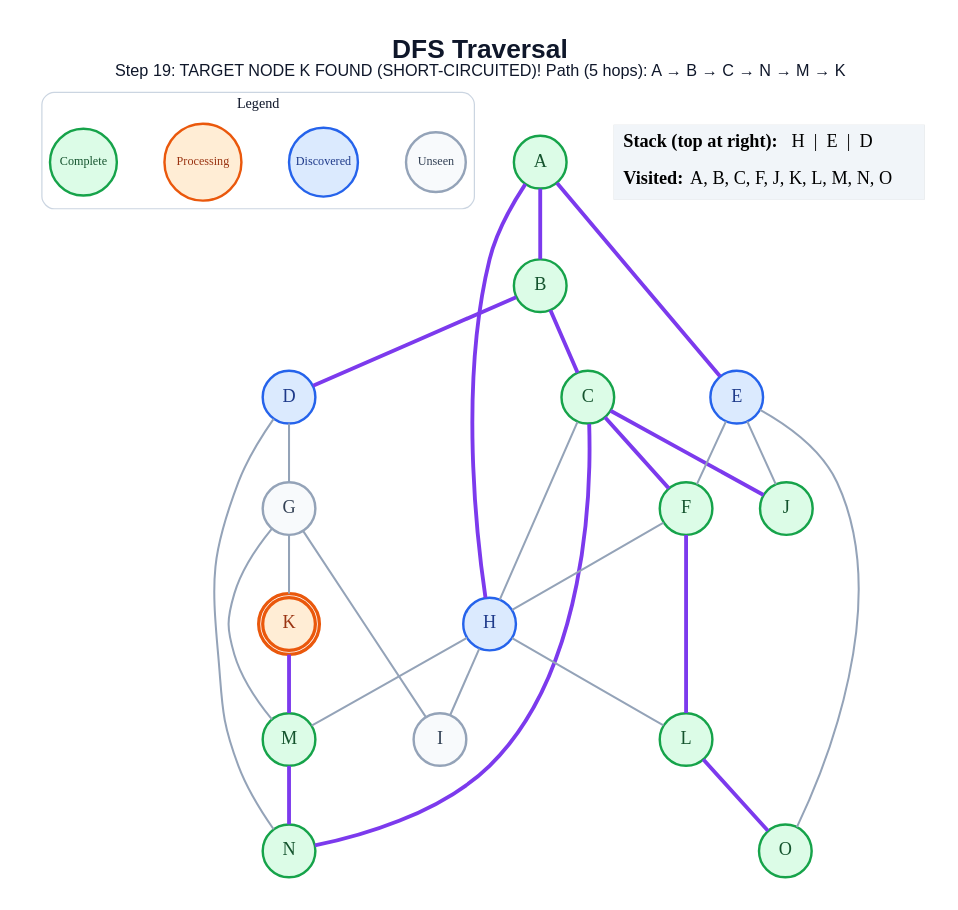
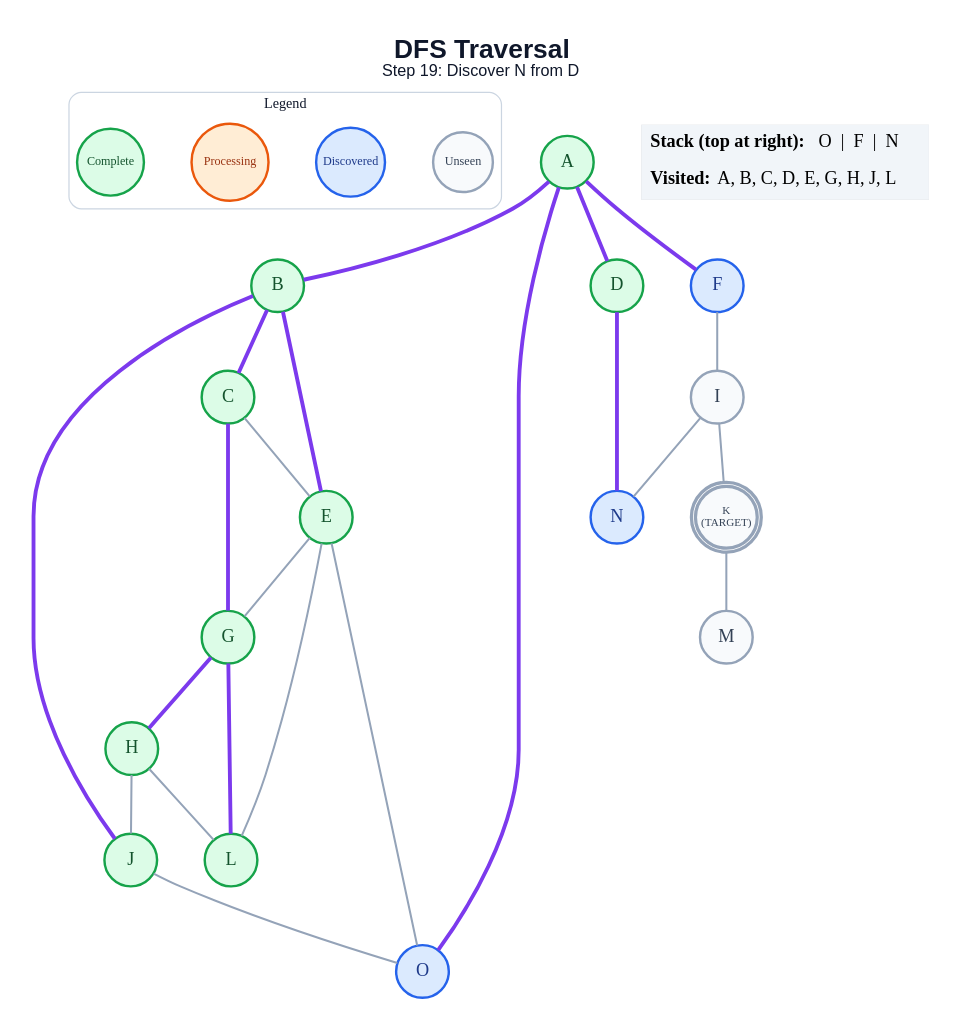
One commit to anon7238593-create/ai-slop changed the diagram in generated/short-circuit/dfs/step_19.dot. Above: the diagram before and after it, drawn with Graphviz. The commit also changed 345 other files, not shown here.

```diff
--- a/generated/short-circuit/dfs/step_19.dot
+++ b/generated/short-circuit/dfs/step_19.dot
@@ -1,59 +1,56 @@
 graph traversal {
   graph [layout=dot, rankdir=TB, bgcolor="#FFFFFF", pad="0.35", nodesep="0.65", ranksep="0.8", fontname="Arial"];
   node [shape=circle, style="filled", fontname="Arial Bold", fontsize=18, width=0.72, fixedsize=true, penwidth=2.4];
   edge [color="#94A3B8", penwidth=2.0];
-  label=<<B>DFS Traversal</B><BR/><FONT POINT-SIZE="16">Step 19: TARGET NODE K FOUND (SHORT-CIRCUITED)! Path (5 hops): A → B → C → N → M → K</FONT>>; labelloc="t"; fontsize=26; fontname="Arial"; fontcolor="#0F172A";
+  label=<<B>DFS Traversal</B><BR/><FONT POINT-SIZE="16">Step 19: Discover N from D</FONT>>; labelloc="t"; fontsize=26; fontname="Arial"; fontcolor="#0F172A";
   subgraph cluster_legend { label="Legend"; color="#CBD5E1"; penwidth=1.2; style="rounded"; fontsize=14; fontname="Arial Bold";
     key_unseen [label="Unseen", fillcolor="#F8FAFC", color="#94A3B8", fontcolor="#334155", fontsize=12, width=0.82];
     key_frontier [label="Discovered", fillcolor="#DBEAFE", color="#2563EB", fontcolor="#1E3A8A", fontsize=12, width=0.95];
     key_current [label="Processing", fillcolor="#FFEDD5", color="#EA580C", fontcolor="#9A3412", fontsize=12, width=1.05];
     key_done [label="Complete", fillcolor="#DCFCE7", color="#16A34A", fontcolor="#14532D", fontsize=12, width=0.92];
     { rank=same; key_unseen; key_frontier; key_current; key_done; }
   }
   A [label="A", fillcolor="#DCFCE7", color="#16A34A", fontcolor="#14532D", peripheries=1, penwidth=2.4];
   B [label="B", fillcolor="#DCFCE7", color="#16A34A", fontcolor="#14532D", peripheries=1, penwidth=2.4];
   C [label="C", fillcolor="#DCFCE7", color="#16A34A", fontcolor="#14532D", peripheries=1, penwidth=2.4];
-  D [label="D", fillcolor="#DBEAFE", color="#2563EB", fontcolor="#1E3A8A", peripheries=1, penwidth=2.4];
-  E [label="E", fillcolor="#DBEAFE", color="#2563EB", fontcolor="#1E3A8A", peripheries=1, penwidth=2.4];
-  F [label="F", fillcolor="#DCFCE7", color="#16A34A", fontcolor="#14532D", peripheries=1, penwidth=2.4];
-  G [label="G", fillcolor="#F8FAFC", color="#94A3B8", fontcolor="#334155", peripheries=1, penwidth=2.4];
-  H [label="H", fillcolor="#DBEAFE", color="#2563EB", fontcolor="#1E3A8A", peripheries=1, penwidth=2.4];
+  D [label="D", fillcolor="#DCFCE7", color="#16A34A", fontcolor="#14532D", peripheries=1, penwidth=2.4];
+  E [label="E", fillcolor="#DCFCE7", color="#16A34A", fontcolor="#14532D", peripheries=1, penwidth=2.4];
+  F [label="F", fillcolor="#DBEAFE", color="#2563EB", fontcolor="#1E3A8A", peripheries=1, penwidth=2.4];
+  G [label="G", fillcolor="#DCFCE7", color="#16A34A", fontcolor="#14532D", peripheries=1, penwidth=2.4];
+  H [label="H", fillcolor="#DCFCE7", color="#16A34A", fontcolor="#14532D", peripheries=1, penwidth=2.4];
   I [label="I", fillcolor="#F8FAFC", color="#94A3B8", fontcolor="#334155", peripheries=1, penwidth=2.4];
   J [label="J", fillcolor="#DCFCE7", color="#16A34A", fontcolor="#14532D", peripheries=1, penwidth=2.4];
-  K [label="K", fillcolor="#FFEDD5", color="#EA580C", fontcolor="#9A3412", peripheries=2, penwidth=3.2];
+  K [label="K\n(TARGET)", fillcolor="#F8FAFC", color="#94A3B8", fontcolor="#334155", peripheries=2, penwidth=3.2, fontsize=11, width=0.85, height=0.85];
   L [label="L", fillcolor="#DCFCE7", color="#16A34A", fontcolor="#14532D", peripheries=1, penwidth=2.4];
-  M [label="M", fillcolor="#DCFCE7", color="#16A34A", fontcolor="#14532D", peripheries=1, penwidth=2.4];
-  N [label="N", fillcolor="#DCFCE7", color="#16A34A", fontcolor="#14532D", peripheries=1, penwidth=2.4];
-  O [label="O", fillcolor="#DCFCE7", color="#16A34A", fontcolor="#14532D", peripheries=1, penwidth=2.4];
+  M [label="M", fillcolor="#F8FAFC", color="#94A3B8", fontcolor="#334155", peripheries=1, penwidth=2.4];
+  N [label="N", fillcolor="#DBEAFE", color="#2563EB", fontcolor="#1E3A8A", peripheries=1, penwidth=2.4];
+  O [label="O", fillcolor="#DBEAFE", color="#2563EB", fontcolor="#1E3A8A", peripheries=1, penwidth=2.4];
   A -- B [color="#7C3AED", penwidth=3.8];
-  A -- E [color="#7C3AED", penwidth=3.8];
-  A -- H [color="#7C3AED", penwidth=3.8];
+  A -- D [color="#7C3AED", penwidth=3.8];
+  A -- F [color="#7C3AED", penwidth=3.8];
+  A -- O [color="#7C3AED", penwidth=3.8];
   B -- C [color="#7C3AED", penwidth=3.8];
-  B -- D [color="#7C3AED", penwidth=3.8];
-  C -- F [color="#7C3AED", penwidth=3.8];
-  C -- H;
-  C -- J [color="#7C3AED", penwidth=3.8];
-  C -- N [color="#7C3AED", penwidth=3.8];
-  D -- G;
-  D -- N;
-  E -- F;
-  E -- J;
+  B -- E [color="#7C3AED", penwidth=3.8];
+  B -- J [color="#7C3AED", penwidth=3.8];
+  C -- E;
+  C -- G [color="#7C3AED", penwidth=3.8];
+  D -- N [color="#7C3AED", penwidth=3.8];
+  E -- G;
+  E -- L;
   E -- O;
-  F -- H;
-  F -- L [color="#7C3AED", penwidth=3.8];
-  G -- I;
-  G -- K;
-  G -- M;
-  H -- I;
+  F -- I;
+  G -- H [color="#7C3AED", penwidth=3.8];
+  G -- L [color="#7C3AED", penwidth=3.8];
+  H -- J;
   H -- L;
-  H -- M;
-  K -- M [color="#7C3AED", penwidth=3.8];
-  L -- O [color="#7C3AED", penwidth=3.8];
-  M -- N [color="#7C3AED", penwidth=3.8];
+  I -- K;
+  I -- N;
+  J -- O;
+  K -- M;
   status [shape=plain, fixedsize=false, width=0, height=0, margin=0, label=<
     <TABLE BORDER="0" CELLBORDER="0" CELLPADDING="7" BGCOLOR="#F1F5F9">
-      <TR><TD ALIGN="LEFT"><B>Stack (top at right):</B> H  |  E  |  D</TD></TR>
-      <TR><TD ALIGN="LEFT"><B>Visited:</B> A, B, C, F, J, K, L, M, N, O</TD></TR>
+      <TR><TD ALIGN="LEFT"><B>Stack (top at right):</B> O  |  F  |  N</TD></TR>
+      <TR><TD ALIGN="LEFT"><B>Visited:</B> A, B, C, D, E, G, H, J, L</TD></TR>
     </TABLE>
   >];
 }
```
